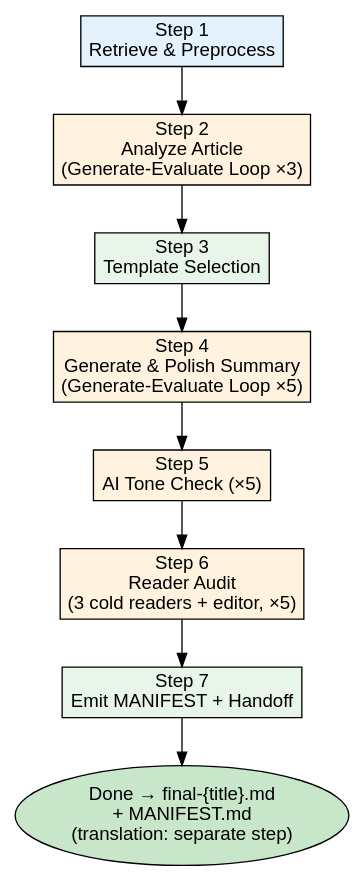
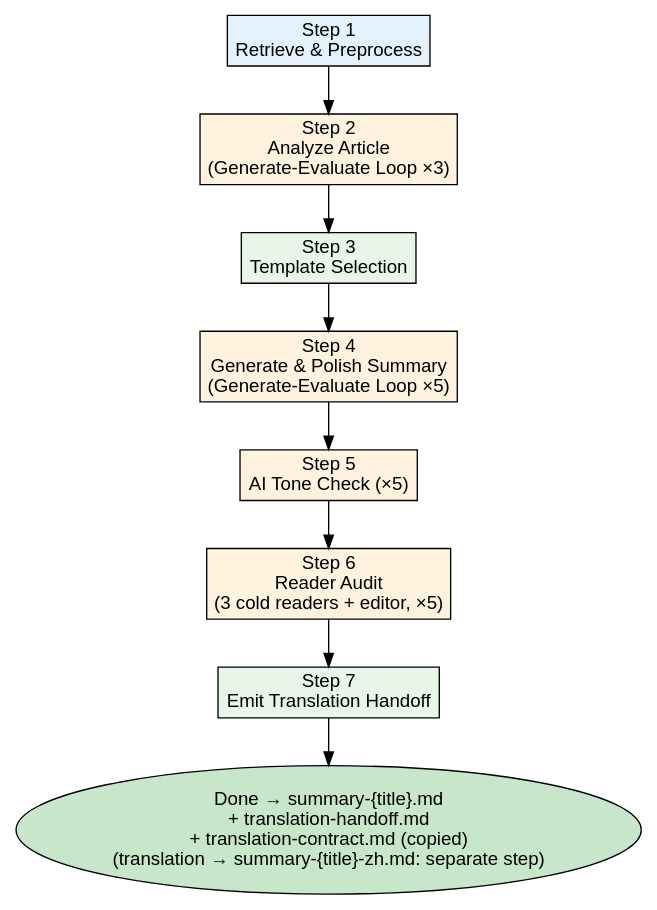
One commit to liuyanhui/yiyue31-skills changed the first of 2 diagrams in yiyue31-summary/README.md. Above: the diagram before and after it, drawn with Graphviz. The commit also changed other lines of this file and 4 other files, not shown here.

First line of the commit message:
yiyue31-summary: refine translation handoff naming and co-location

````diff
--- a/yiyue31-summary/README.md
+++ b/yiyue31-summary/README.md
@@ -35,24 +35,24 @@
 ```dot
 digraph workflow {
     rankdir=TB;
     node [shape=box, style=filled, fillcolor="#f5f5f5", fontname="Arial"];
     edge [fontname="Arial", fontsize=10];
 
     step1 [label="Step 1\nRetrieve & Preprocess", fillcolor="#e3f2fd"];
     step2 [label="Step 2\nAnalyze Article\n(Generate-Evaluate Loop ×3)", fillcolor="#fff3e0"];
     step3 [label="Step 3\nTemplate Selection", fillcolor="#e8f5e9"];
     step4 [label="Step 4\nGenerate & Polish Summary\n(Generate-Evaluate Loop ×5)", fillcolor="#fff3e0"];
     step5 [label="Step 5\nAI Tone Check (×5)", fillcolor="#fff3e0"];
     step6 [label="Step 6\nReader Audit\n(3 cold readers + editor, ×5)", fillcolor="#fff3e0"];
-    step7 [label="Step 7\nEmit MANIFEST + Handoff", fillcolor="#e8f5e9"];
-    done [label="Done → final-{title}.md\n+ MANIFEST.md\n(translation: separate step)", shape=ellipse, fillcolor="#c8e6c9"];
+    step7 [label="Step 7\nEmit Translation Handoff", fillcolor="#e8f5e9"];
+    done [label="Done → summary-{title}.md\n+ translation-handoff.md\n+ translation-contract.md (copied)\n(translation → summary-{title}-zh.md: separate step)", shape=ellipse, fillcolor="#c8e6c9"];
 
     step1 -> step2;
     step2 -> step3;
     step3 -> step4;
     step4 -> step5;
     step5 -> step6;
     step6 -> step7;
     step7 -> done;
 }
 ```
````
